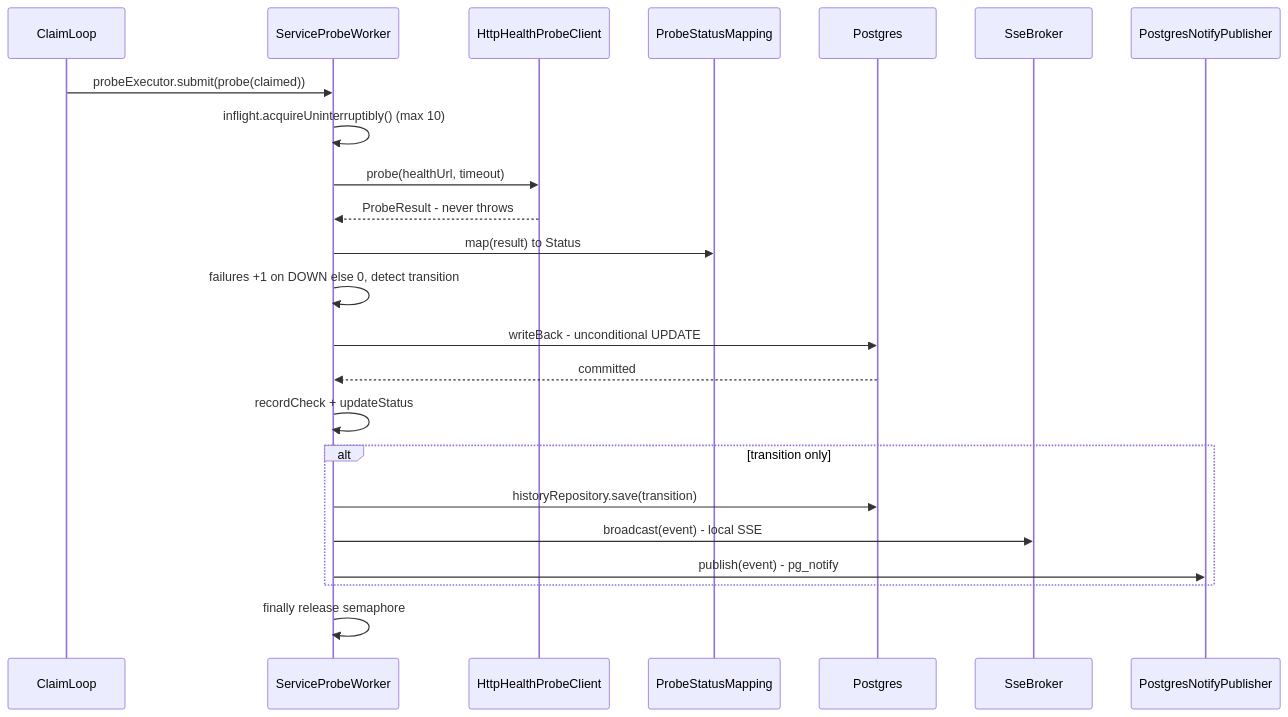
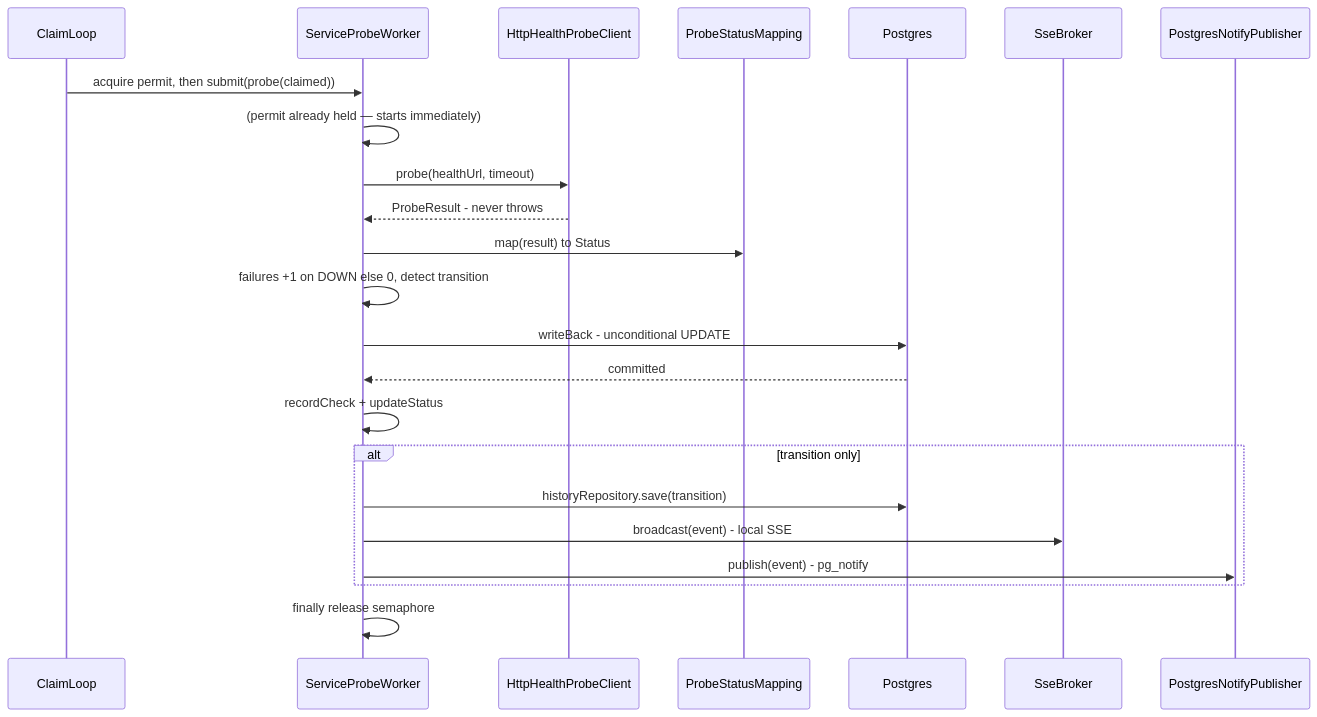
The second of 3 diagrams in docs/architecture.md (caelcs/status-api), drawn with Mermaid before and after one commit. The commit also changed other lines of this file and 20 other files, not shown here.

````diff
--- a/docs/architecture.md
+++ b/docs/architecture.md
@@ -280,26 +282,26 @@
 ```mermaid
 sequenceDiagram
     participant CL as ClaimLoop
     participant Worker as ServiceProbeWorker
     participant Probe as HttpHealthProbeClient
     participant Mapping as ProbeStatusMapping
     participant DB as Postgres
     participant Broker as SseBroker
     participant Notify as PostgresNotifyPublisher
 
-    CL->>Worker: probeExecutor.submit(probe(claimed))
-    Worker->>Worker: inflight.acquireUninterruptibly() (max 10)
+    CL->>Worker: acquire permit, then submit(probe(claimed))
+    Worker->>Worker: (permit already held — starts immediately)
     Worker->>Probe: probe(healthUrl, timeout)
     Probe-->>Worker: ProbeResult - never throws
     Worker->>Mapping: map(result) to Status
     Worker->>Worker: failures +1 on DOWN else 0, detect transition
     Worker->>DB: writeBack - unconditional UPDATE
     DB-->>Worker: committed
     Worker->>Worker: recordCheck + updateStatus
     alt transition only
         Worker->>DB: historyRepository.save(transition)
         Worker->>Broker: broadcast(event) - local SSE
         Worker->>Notify: publish(event) - pg_notify
     end
     Worker->>Worker: finally release semaphore
 ```
````
